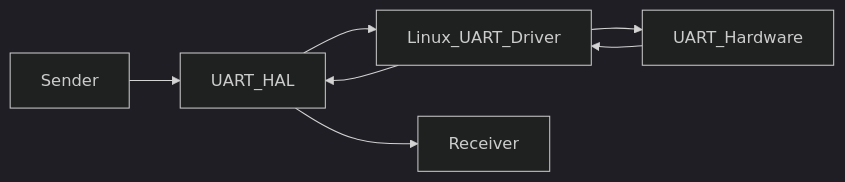
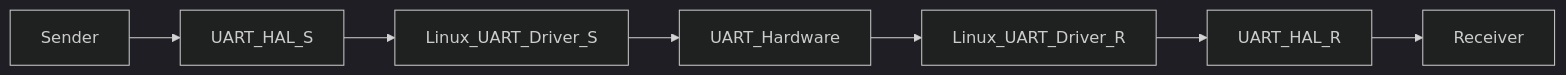
One commit to m-adhikari/SerialStack changed the second of 2 diagrams in docs/ARCHITECTURE.md. Above: the diagram before and after it, drawn with Mermaid (dark theme). The commit also changed 2 other files, not shown here.

Commit message:
docs: protocol design and command registry, minor fixes on ARCHITECTURE.md

````diff
--- a/docs/ARCHITECTURE.md
+++ b/docs/ARCHITECTURE.md
@@ -86,11 +86,11 @@
 ```mermaid
 flowchart LR
 
 Sender 
---> UART_HAL
---> Linux_UART_Driver
+--> UART_HAL_S
+--> Linux_UART_Driver_S
 --> UART_Hardware
---> Linux_UART_Driver
---> UART_HAL
+--> Linux_UART_Driver_R
+--> UART_HAL_R
 --> Receiver
 ```
````
